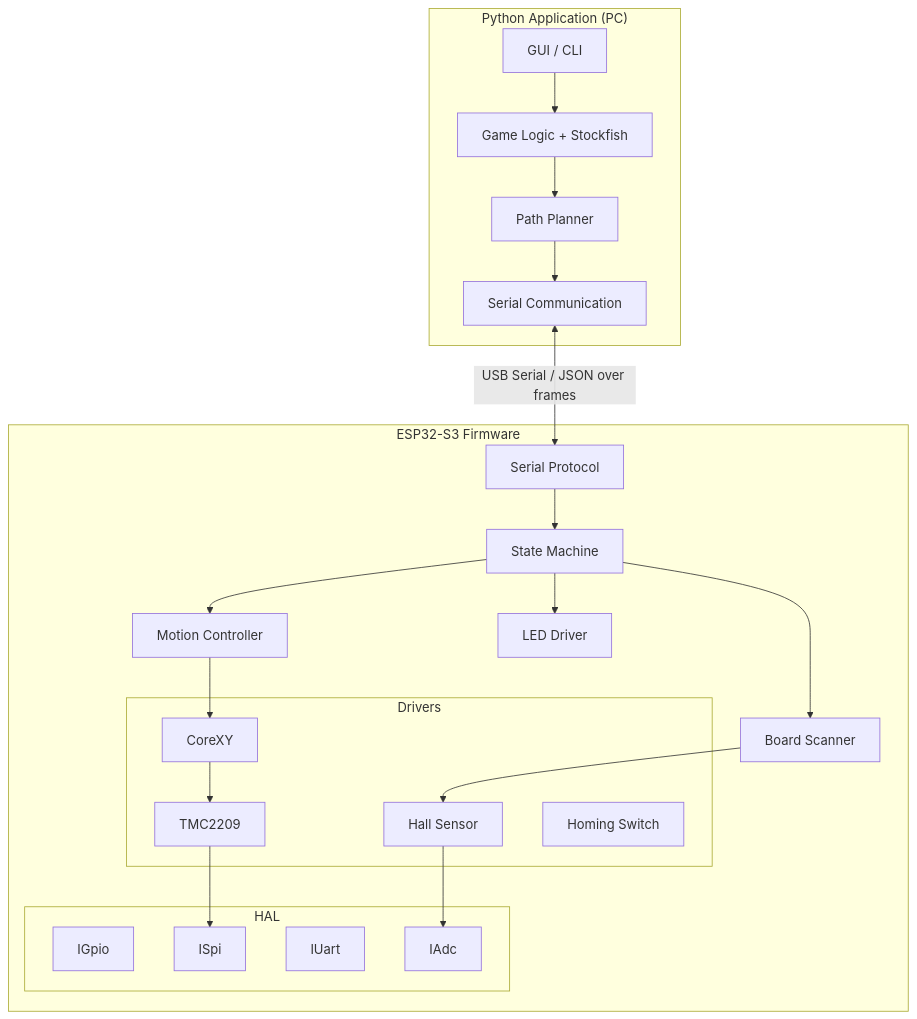
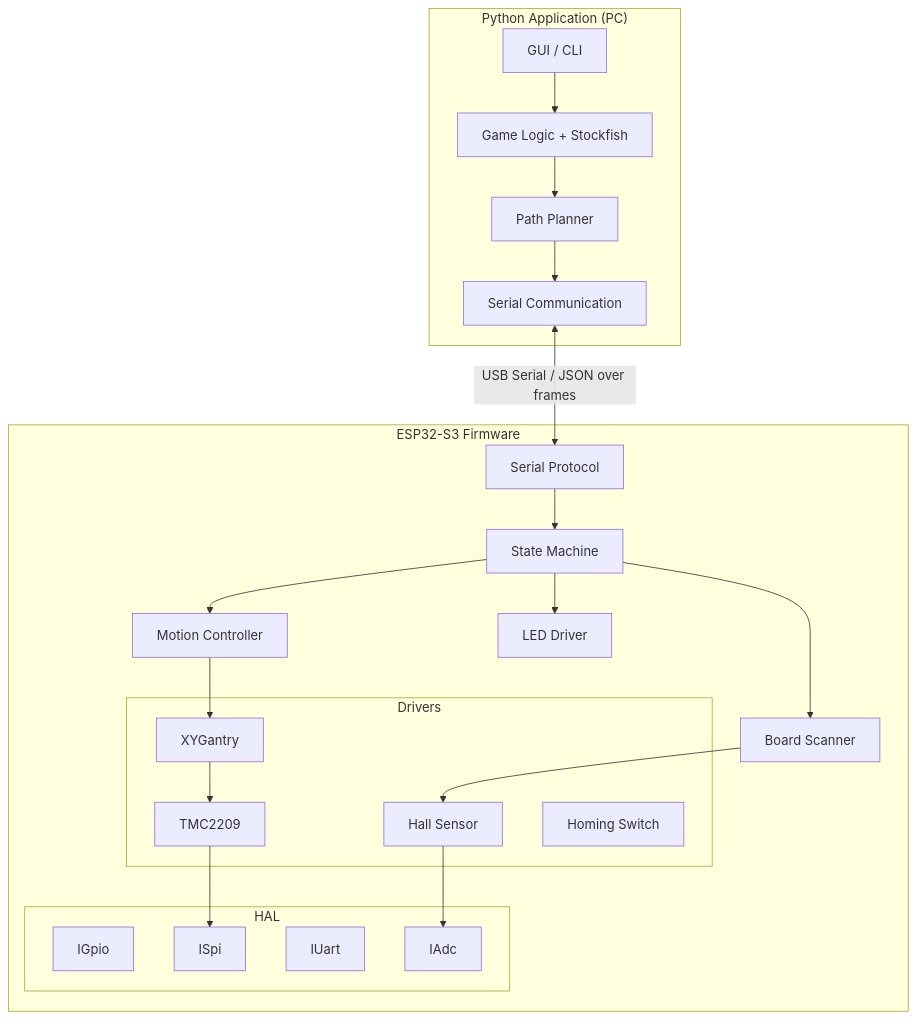
The first of 6 diagrams in docs/firmware_architecture.md (MikeBaltz/Autonomous-Robotic-Chessboard), drawn with Mermaid before and after one commit. The commit also changed other lines of this file and 26 other files, not shown here.

````diff
--- a/docs/firmware_architecture.md
+++ b/docs/firmware_architecture.md
@@ -1007,46 +1009,46 @@
 ```mermaid
 graph TB
     subgraph Python["Python Application (PC)"]
         GUI[GUI / CLI]
         GameLogic[Game Logic + Stockfish]
         PathPlan[Path Planner]
         PyComm[Serial Communication]
         GUI --> GameLogic
         GameLogic --> PathPlan
         PathPlan --> PyComm
     end
 
     subgraph ESP32["ESP32-S3 Firmware"]
         Serial[Serial Protocol]
         SM[State Machine]
         MC[Motion Controller]
         Scanner[Board Scanner]
         LEDs[LED Driver]
 
         subgraph HAL[HAL]
             GPIO[IGpio]
             SPI[ISpi]
             UART[IUart]
             ADC[IAdc]
         end
 
         subgraph Drivers[Drivers]
             TMC[TMC2209]
-            CXY[CoreXY]
+            CXY[XYGantry]
             Hall[Hall Sensor]
             Home[Homing Switch]
         end
 
         Serial --> SM
         SM --> MC
         SM --> Scanner
         SM --> LEDs
         MC --> CXY
         CXY --> TMC
         Scanner --> Hall
         TMC --> SPI
         Hall --> ADC
     end
 
     PyComm <-->|USB Serial / JSON over frames| Serial
 ```
````
